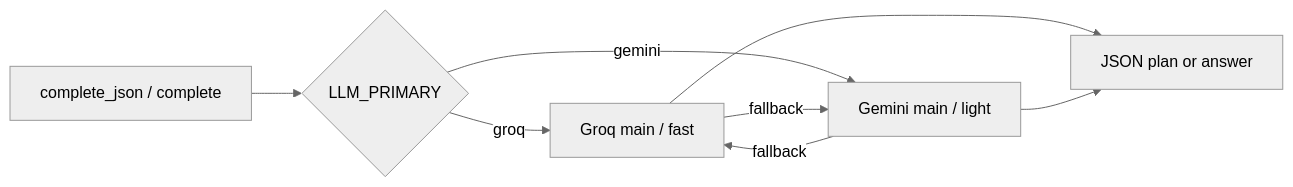
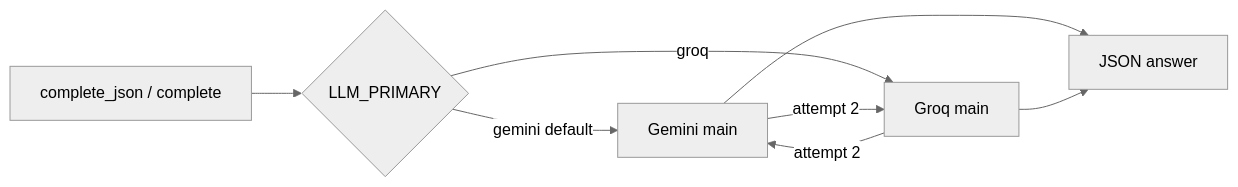
One commit to riyaz-ahamed-07/SixCall changed the ninth of 9 diagrams in README.md. Above: the diagram before and after it, drawn with Mermaid (neutral theme). The commit also changed other lines of this file and 22 other files, not shown here.

````diff
--- a/README.md
+++ b/README.md
@@ -316,9 +318,9 @@
 ```mermaid
 flowchart LR
   REQ["complete_json / complete"] --> PRIM{"LLM_PRIMARY"}
-  PRIM -->|groq| G1["Groq main / fast"]
-  PRIM -->|gemini| M1["Gemini main / light"]
-  G1 -->|fallback| M1
-  M1 -->|fallback| G1
-  G1 & M1 --> OUT["JSON plan or answer"]
+  PRIM -->|gemini default| M1["Gemini main"]
+  PRIM -->|groq| G1["Groq main"]
+  M1 -->|attempt 2| G1
+  G1 -->|attempt 2| M1
+  M1 & G1 --> OUT["JSON answer"]
 ```
````
